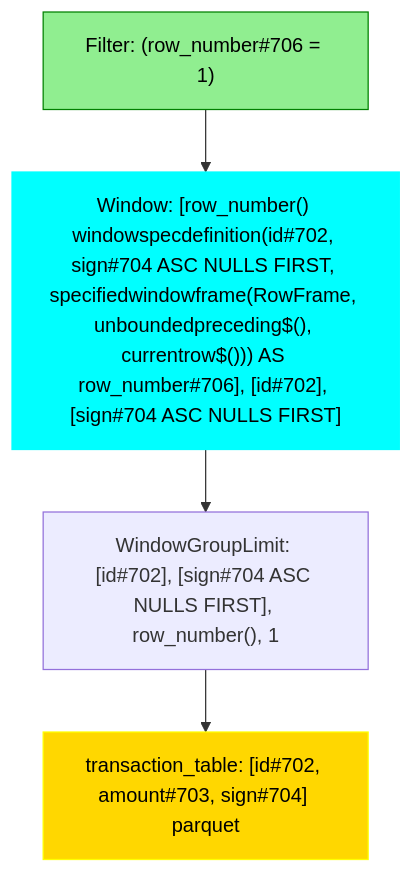
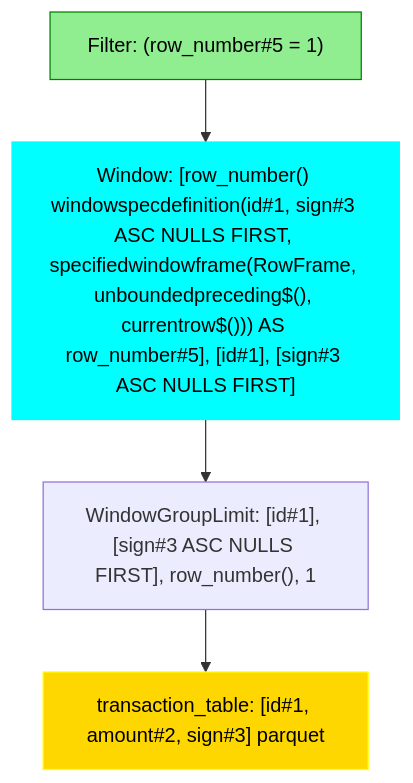
One commit to NielkNetraam/explainalyzed changed the diagram in data/visualization/window_column_4.mmd. Above: the diagram before and after it, drawn with Mermaid. The commit also changed 63 other files, not shown here.

```diff
--- a/data/visualization/window_column_4.mmd
+++ b/data/visualization/window_column_4.mmd
@@ -1,17 +1,17 @@
 flowchart TD
     classDef PROJECT stroke:Blue,fill:LightBlue,color:black
     classDef FILTER stroke:Green,fill:LightGreen,color:black
     classDef UNION stroke:Purple,fill:Violet,color:black
     classDef JOIN stroke:DarkOrange,fill:Orange,color:black
     classDef RELATION stroke:Yellow,fill:Gold,color:black
     classDef AGGREGATE stroke:Brown,fill:Chocolate,color:black
     classDef WINDOW stroke:Aqua,fill:Cyan,color:black
 
-    Filter#00001["Filter: (row_number#706 = 1)"]:::FILTER
-    Window#00002["Window: [row_number() windowspecdefinition(id#702, sign#704 ASC NULLS FIRST, specifiedwindowframe(RowFrame, unboundedpreceding$(), currentrow$())) AS row_number#706], [id#702], [sign#704 ASC NULLS FIRST]"]:::WINDOW
-    WindowGroupLimit#00003["WindowGroupLimit: [id#702], [sign#704 ASC NULLS FIRST], row_number(), 1"]:::WINDOWGROUPLIMIT
-    Relation#00004["transaction_table: [id#702, amount#703, sign#704] parquet"]:::RELATION
+    Filter#00001["Filter: (row_number#5 = 1)"]:::FILTER
+    Window#00002["Window: [row_number() windowspecdefinition(id#1, sign#3 ASC NULLS FIRST, specifiedwindowframe(RowFrame, unboundedpreceding$(), currentrow$())) AS row_number#5], [id#1], [sign#3 ASC NULLS FIRST]"]:::WINDOW
+    WindowGroupLimit#00003["WindowGroupLimit: [id#1], [sign#3 ASC NULLS FIRST], row_number(), 1"]:::WINDOWGROUPLIMIT
+    Relation#00004["transaction_table: [id#1, amount#2, sign#3] parquet"]:::RELATION
 
     Filter#00001 --> Window#00002
         Window#00002 --> WindowGroupLimit#00003
             WindowGroupLimit#00003 --> Relation#00004
```
